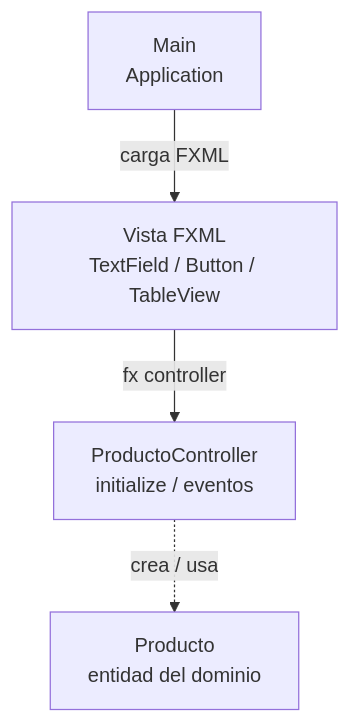
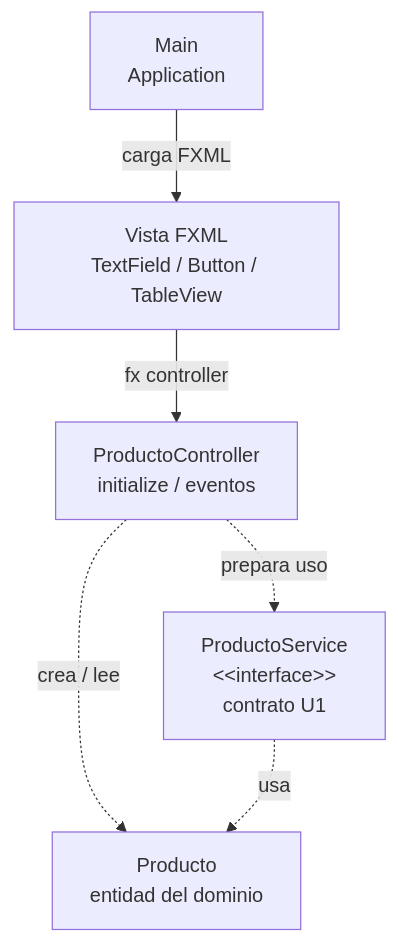
One commit to 262poo/comarket changed the diagram in docs/S07_Interfaz_Grafica_Usuario.md. Above: the diagram before and after it, drawn with Mermaid. The commit also changed other lines of this file, not shown here.

````diff
--- a/docs/S07_Interfaz_Grafica_Usuario.md
+++ b/docs/S07_Interfaz_Grafica_Usuario.md
@@ -61,11 +62,14 @@
 ```mermaid
 flowchart TB
     Main["Main<br/>Application"]
     FXML["Vista FXML<br/>TextField / Button / TableView"]
     Controller["ProductoController<br/>initialize / eventos"]
+    Service["ProductoService<br/>&lt;&lt;interface&gt;&gt;<br/>contrato U1"]
     Entity["Producto<br/>entidad del dominio"]
 
     Main -->|"carga FXML"| FXML
     FXML -->|"fx controller"| Controller
-    Controller -. "crea / usa" .-> Entity
+    Controller -. "prepara uso" .-> Service
+    Controller -. "crea / lee" .-> Entity
+    Service -. "usa" .-> Entity
 ```
````
